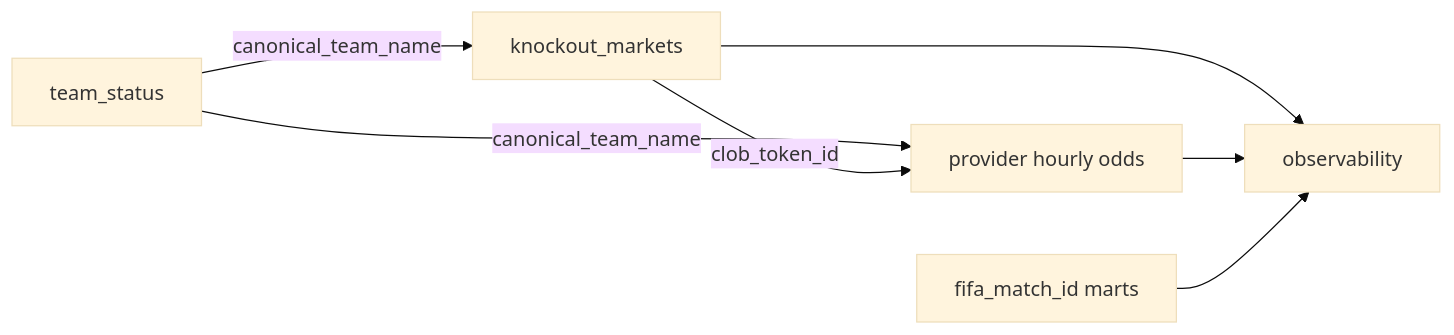
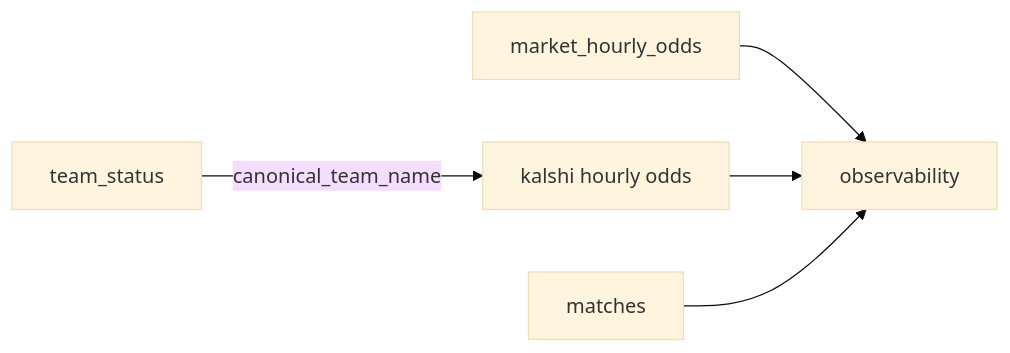
Before and after one commit to hypertrial/oddsfox-pipeline: the diagram in docs/audiences/analysts.md, drawn with Mermaid (base theme). The commit also changed other lines of this file and 41 other files, not shown here.

````diff
--- a/docs/audiences/analysts.md
+++ b/docs/audiences/analysts.md
@@ -34,15 +34,13 @@
 ```mermaid
 flowchart LR
+  golden["market_hourly_odds"]
+  kalshi["kalshi hourly odds"]
   teams["team_status"]
-  knockout["knockout_markets"]
-  hourly["provider hourly odds"]
-  fifa["fifa_match_id marts"]
+  fifa["matches"]
   obs["observability"]
 
-  teams -->|"canonical_team_name"| knockout
-  teams -->|"canonical_team_name"| hourly
-  knockout -->|"clob_token_id"| hourly
-  knockout --> obs
-  hourly --> obs
+  golden --> obs
+  kalshi --> obs
+  teams -->|"canonical_team_name"| kalshi
   fifa --> obs
 ```
````
